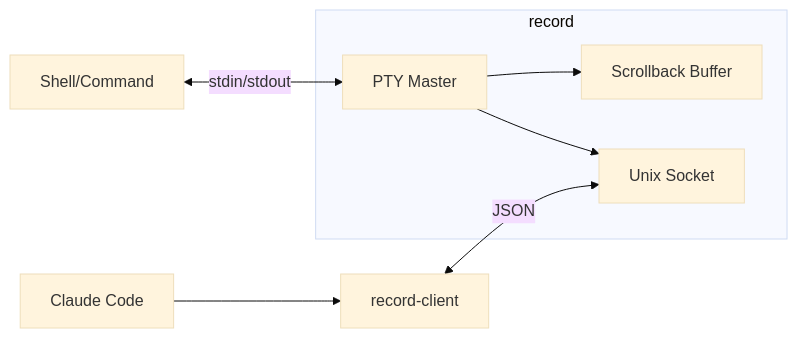
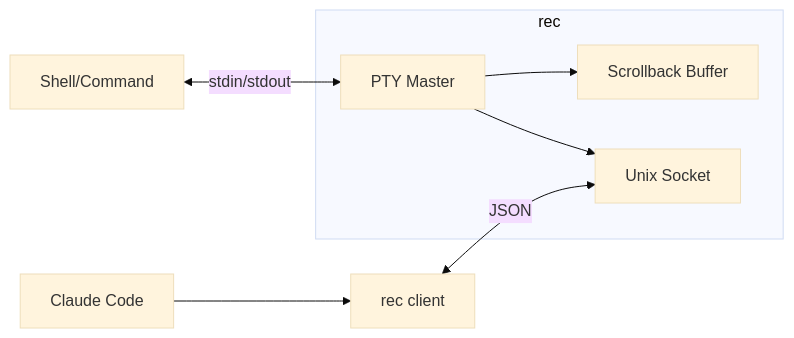
The diagram in README.md (andrewgazelka/tap), drawn with Mermaid (base theme) before and after one commit. The commit also changed other lines of this file and 6 other files, not shown here.

````diff
--- a/README.md
+++ b/README.md
@@ -46,15 +51,15 @@
 ```mermaid
 flowchart LR
-    subgraph record
+    subgraph rec
         PTY[PTY Master]
         SB[Scrollback Buffer]
         Sock[Unix Socket]
     end
 
     Shell[Shell/Command] <-->|stdin/stdout| PTY
     PTY --> SB
     PTY --> Sock
 
-    Client[record-client] <-->|JSON| Sock
+    Client[rec client] <-->|JSON| Sock
     Claude[Claude Code] --> Client
 ```
````
